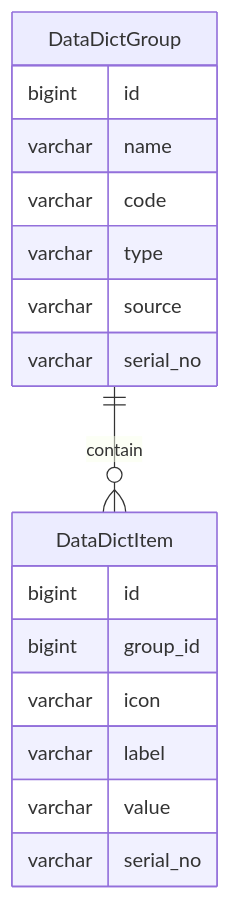
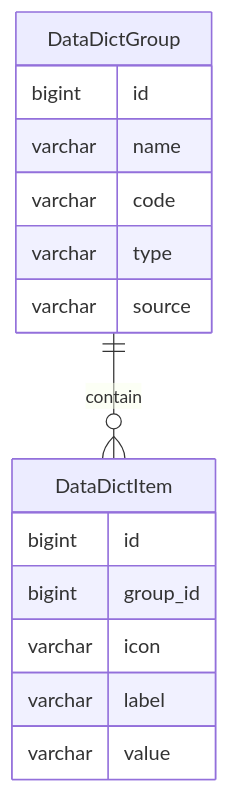
Before and after one commit to mrzhqiang/rowing: the diagram in docs/project/1.data-dict.md, drawn with Mermaid. The commit also changed other lines of this file and 1 other file, not shown here.

````diff
--- a/docs/project/1.data-dict.md
+++ b/docs/project/1.data-dict.md
@@ -28,20 +28,18 @@
 ```mermaid
 erDiagram
     DataDictGroup ||--o{ DataDictItem : contain
     DataDictGroup {
         bigint id
         varchar name
         varchar code
         varchar type
         varchar source
-        varchar serial_no
     }
     DataDictItem {
         bigint id
         bigint group_id
         varchar icon
         varchar label
         varchar value
-        varchar serial_no
     }
 ```
````
